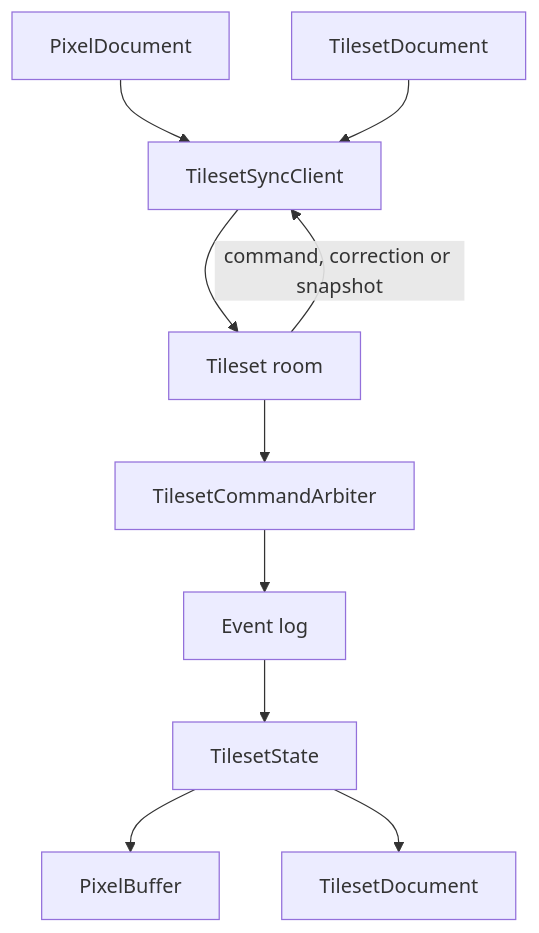
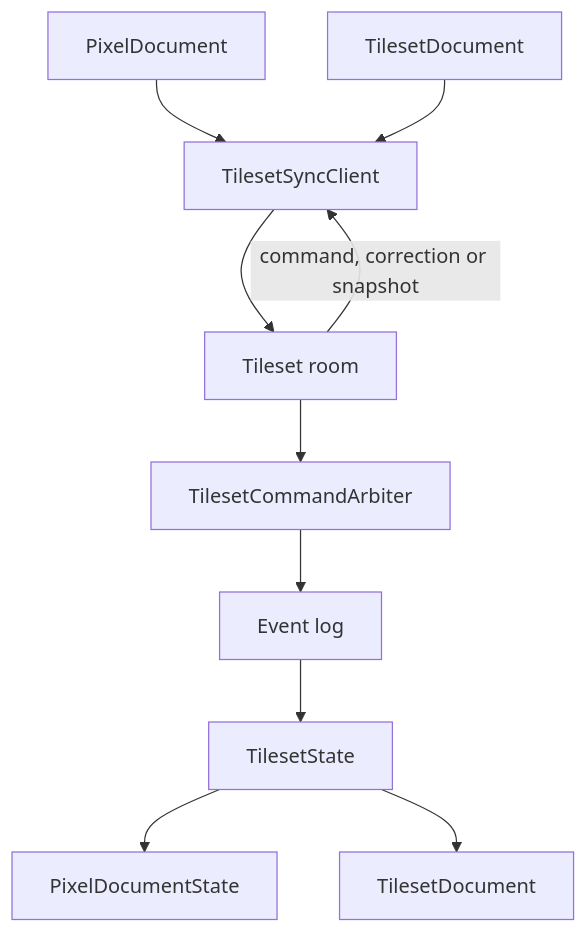
One commit to JollyPixel/editor changed the second of 5 diagrams in packages/assets/voxel-map/ARCHITECTURE.md. Above: the diagram before and after it, drawn with Mermaid. The commit also changed 274 other files, not shown here.

````diff
--- a/packages/assets/voxel-map/ARCHITECTURE.md
+++ b/packages/assets/voxel-map/ARCHITECTURE.md
@@ -17,12 +17,12 @@
 ```mermaid
 flowchart TB
     Pixels["PixelDocument"] --> TilesetSync["TilesetSyncClient"]
     Blocks["TilesetDocument"] --> TilesetSync
     TilesetSync --> TilesetRoom["Tileset room"]
     TilesetRoom --> TilesetArbiter["TilesetCommandArbiter"]
     TilesetArbiter --> TilesetLog["Event log"]
     TilesetLog --> TilesetState["TilesetState"]
-    TilesetState --> Buffer["PixelBuffer"]
+    TilesetState --> Buffer["PixelDocumentState"]
     TilesetState --> Definitions["TilesetDocument"]
     TilesetRoom -->|"command, correction or snapshot"| TilesetSync
 ```
````
